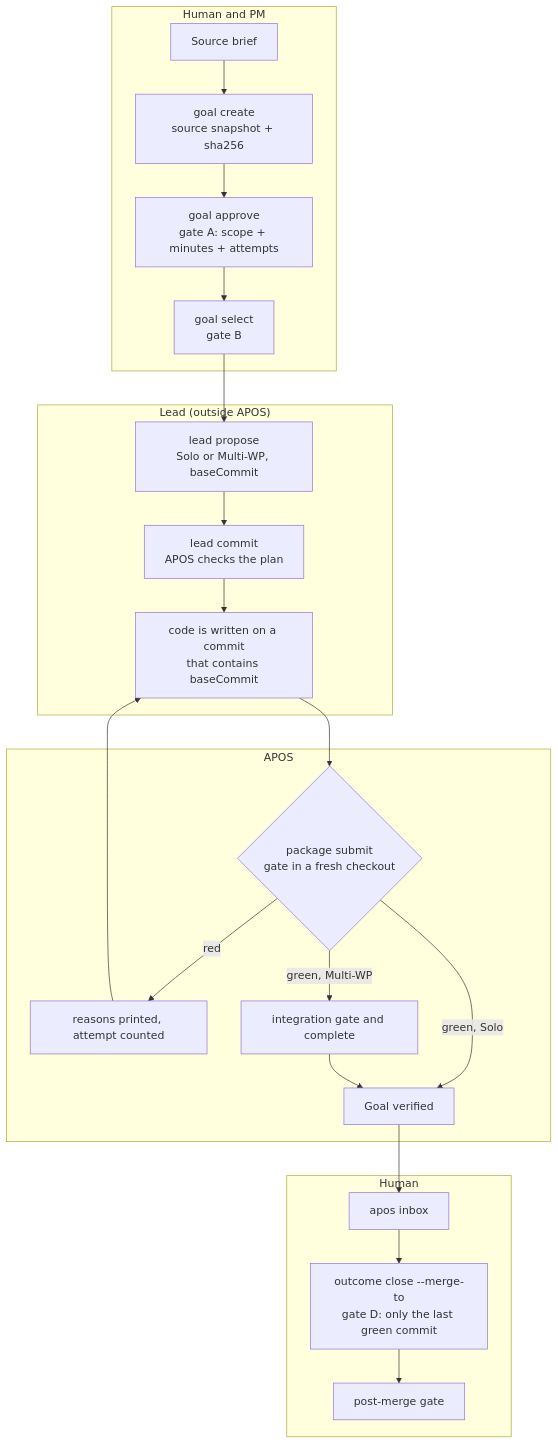
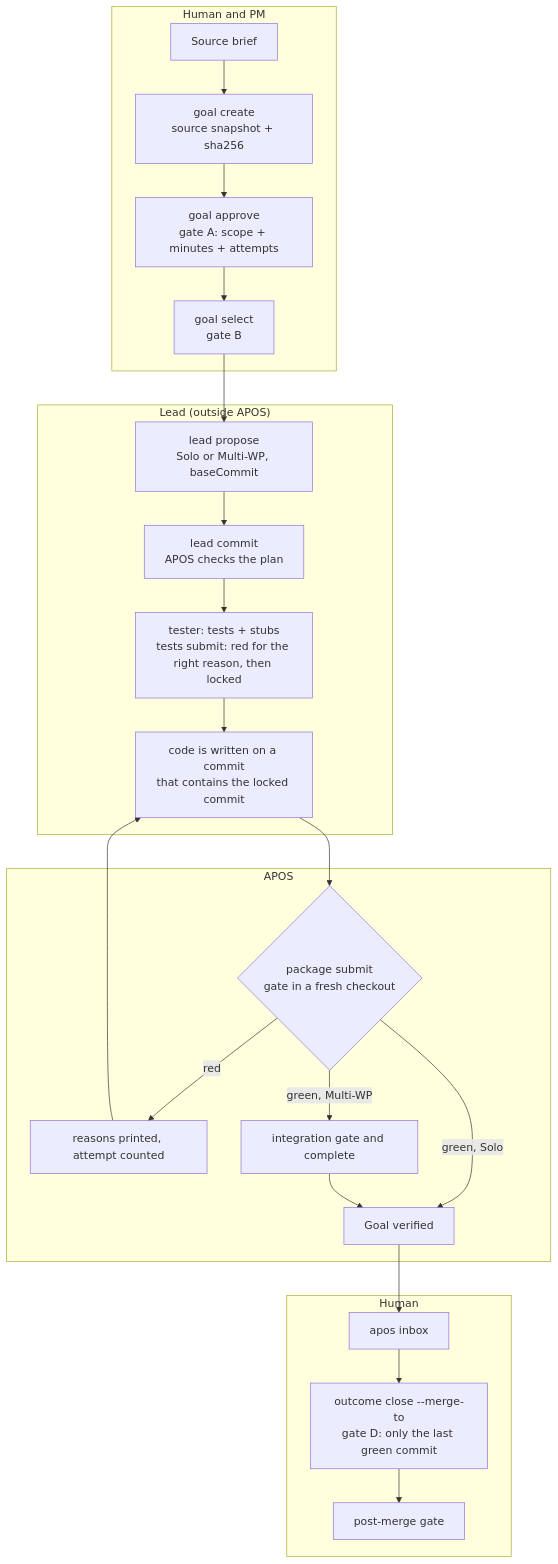
Before and after one commit to Kaiser1308/APOS: the diagram in README.md, drawn with Mermaid. The commit also changed other lines of this file and 15 other files, not shown here.

Commit message:
feat: tester role, e2e flow with real pytest and vitest, docs for locked tests (plan task 7)

````diff
--- a/README.md
+++ b/README.md
@@ -73,26 +74,27 @@
 ```mermaid
 flowchart TD
     subgraph Human1["Human and PM"]
         A[Source brief] --> B[goal create<br/>source snapshot + sha256]
         B --> C[goal approve<br/>gate A: scope + minutes + attempts]
         C --> D[goal select<br/>gate B]
     end
     subgraph Lead["Lead (outside APOS)"]
         D --> E[lead propose<br/>Solo or Multi-WP, baseCommit]
         E --> F[lead commit<br/>APOS checks the plan]
-        F --> G[code is written on a commit<br/>that contains baseCommit]
+        F --> T[tester: tests + stubs<br/>tests submit: red for the right reason, then locked]
+        T --> G[code is written on a commit<br/>that contains the locked commit]
     end
     subgraph Apos["APOS"]
         G --> I{package submit<br/>gate in a fresh checkout}
         I -- red --> K[reasons printed, attempt counted]
         K --> G
         I -- green, Solo --> M[Goal verified]
         I -- green, Multi-WP --> J[integration gate and complete]
         J --> M
     end
     subgraph Human2["Human"]
         M --> N[apos inbox]
         N --> O[outcome close --merge-to<br/>gate D: only the last green commit]
         O --> P[post-merge gate]
     end
 ```
````
